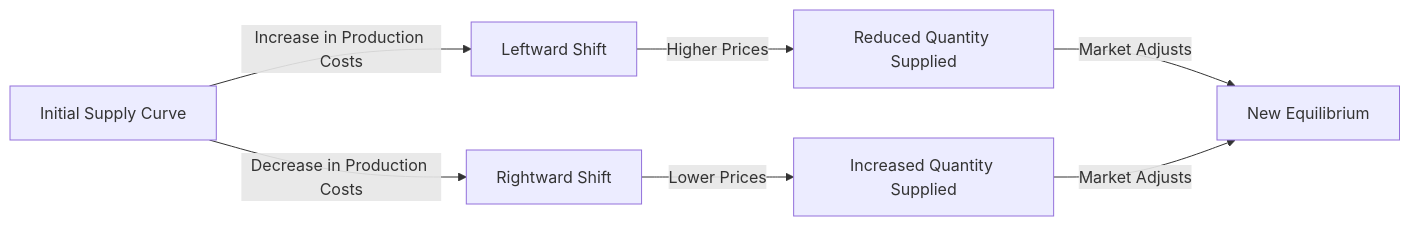
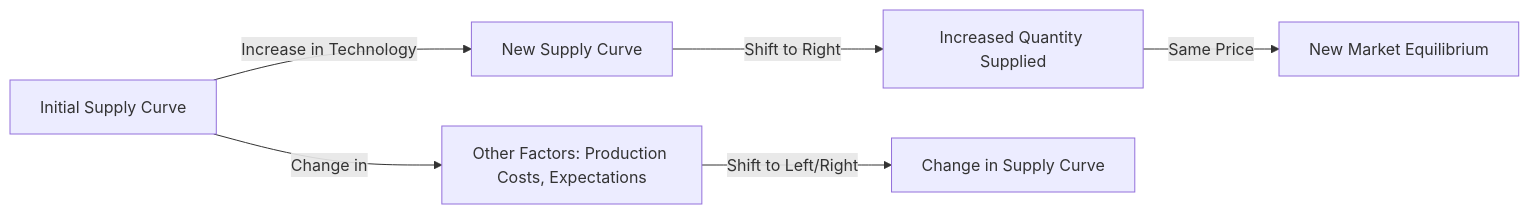
The diagram in Obsidian_Vault/2-Academic/Winter 2026/Economics/2_Theory_Of_Demand_And_Supply/Shift_In_Supply_Curve.md (DagimAlemayehuu/Ater), drawn with Mermaid before and after one commit. The commit also changed other lines of this file and 39 other files, not shown here.

````diff
--- a/Obsidian_Vault/2-Academic/Winter 2026/Economics/2_Theory_Of_Demand_And_Supply/Shift_In_Supply_Curve.md
+++ b/Obsidian_Vault/2-Academic/Winter 2026/Economics/2_Theory_Of_Demand_And_Supply/Shift_In_Supply_Curve.md
@@ -37,11 +40,10 @@
 ```mermaid
 
 graph LR
-    A[Initial Supply Curve] -->|Increase in Production Costs| B[Leftward Shift]
-    A -->|Decrease in Production Costs| C[Rightward Shift]
-    B -->|Higher Prices| D[Reduced Quantity Supplied]
-    C -->|Lower Prices| E[Increased Quantity Supplied]
-    D -->|Market Adjusts| F[New Equilibrium]
-    E -->|Market Adjusts| F
+    A[Initial Supply Curve] -->|Increase in Technology| B[New Supply Curve]
+    B -->|Shift to Right| C[Increased Quantity Supplied]
+    C -->|Same Price| D[New Market Equilibrium]
+    A -->|Change in| E[Other Factors: Production Costs, Expectations]
+    E -->|Shift to Left/Right| F[Change in Supply Curve]
 
 ```
````
